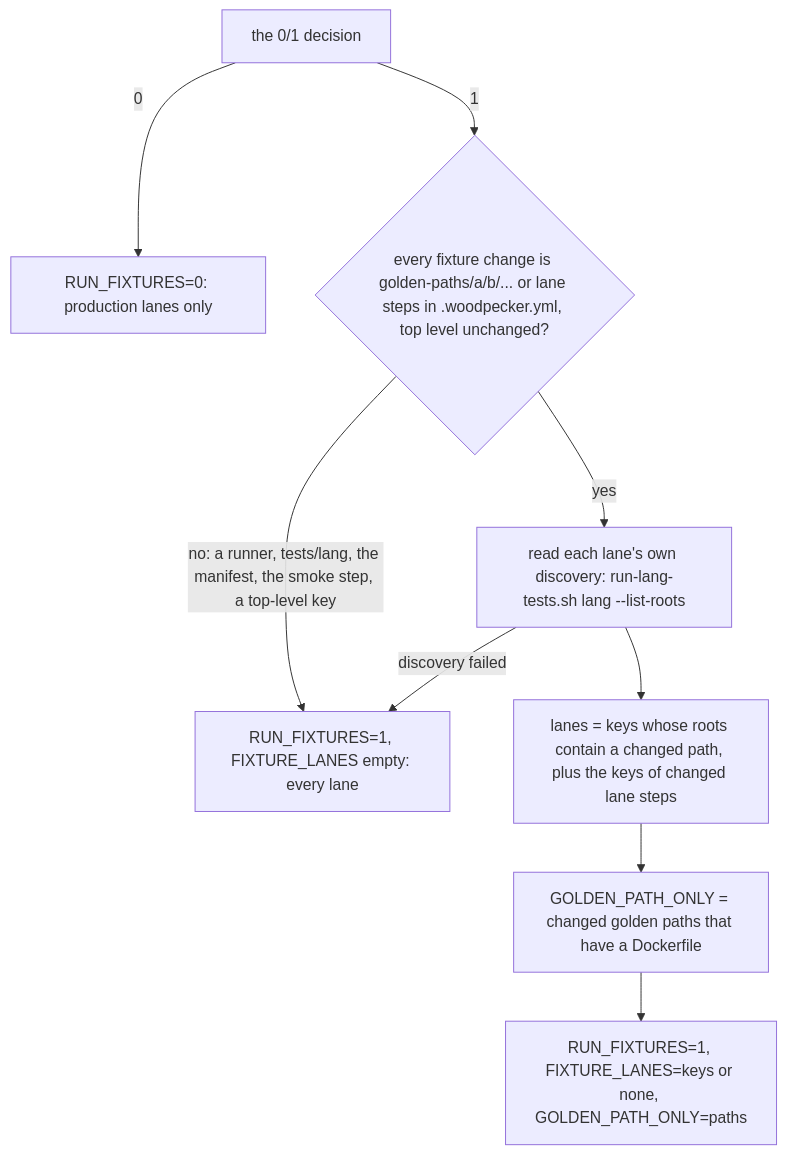
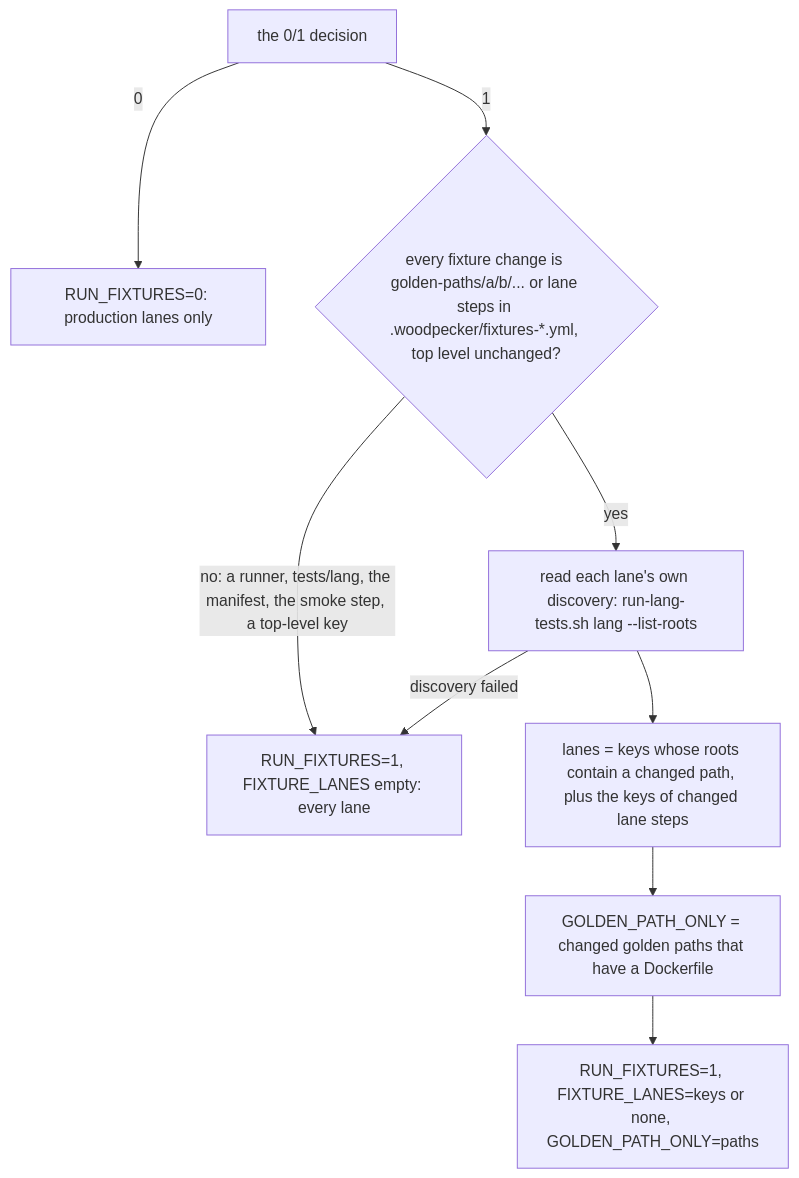
Before and after one commit to edtbl76/weyland-lab: the second of 3 diagrams in docs/diagrams/flow-lean-ci-selector.md, drawn with Mermaid. The commit also changed other lines of this file and 59 other files, not shown here.

````diff
--- a/docs/diagrams/flow-lean-ci-selector.md
+++ b/docs/diagrams/flow-lean-ci-selector.md
@@ -54,11 +58,11 @@
 ```mermaid
 flowchart TD
     A[the 0/1 decision] -->|0| P0[RUN_FIXTURES=0: production lanes only]
-    A -->|1| B{every fixture change is golden-paths/a/b/... or lane steps in .woodpecker.yml, top level unchanged?}
+    A -->|1| B{every fixture change is golden-paths/a/b/... or lane steps in .woodpecker/fixtures-*.yml, top level unchanged?}
     B -->|no: a runner, tests/lang, the manifest, the smoke step, a top-level key| F[RUN_FIXTURES=1, FIXTURE_LANES empty: every lane]
     B -->|yes| C[read each lane's own discovery: run-lang-tests.sh lang --list-roots]
     C -->|discovery failed| F
     C --> D[lanes = keys whose roots contain a changed path, plus the keys of changed lane steps]
     D --> E[GOLDEN_PATH_ONLY = changed golden paths that have a Dockerfile]
     E --> N[RUN_FIXTURES=1, FIXTURE_LANES=keys or none, GOLDEN_PATH_ONLY=paths]
 ```
````
